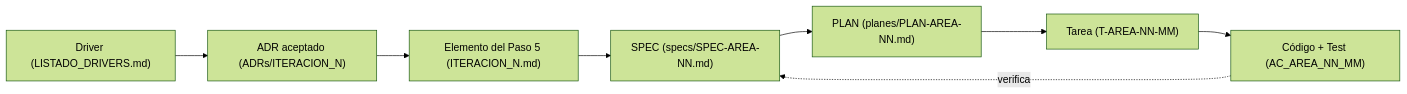
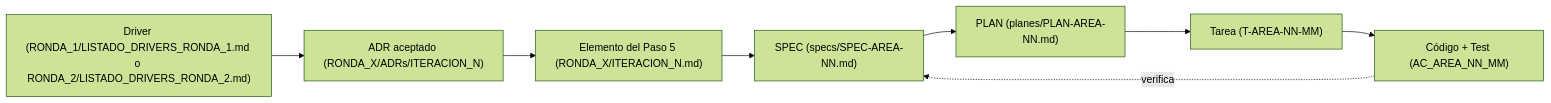
The diagram in POLITICAS_SPECS_Y_PLANES.md (MateoGarrido13/trotamundos-v1), drawn with Mermaid (forest theme) before and after one commit. The commit also changed other lines of this file and 101 other files, not shown here.

````diff
--- a/POLITICAS_SPECS_Y_PLANES.md
+++ b/POLITICAS_SPECS_Y_PLANES.md
@@ -11,10 +11,10 @@
 ```mermaid
 flowchart LR
-    D["Driver (LISTADO_DRIVERS.md)"] --> A["ADR aceptado (ADRs/ITERACION_N)"]
-    A --> E["Elemento del Paso 5 (ITERACION_N.md)"]
+    D["Driver (RONDA_1/LISTADO_DRIVERS_RONDA_1.md o RONDA_2/LISTADO_DRIVERS_RONDA_2.md)"] --> A["ADR aceptado (RONDA_X/ADRs/ITERACION_N)"]
+    A --> E["Elemento del Paso 5 (RONDA_X/ITERACION_N.md)"]
     E --> S["SPEC (specs/SPEC-AREA-NN.md)"]
     S --> P["PLAN (planes/PLAN-AREA-NN.md)"]
     P --> T["Tarea (T-AREA-NN-MM)"]
     T --> C["Código + Test (AC_AREA_NN_MM)"]
     C -. "verifica" .-> S
 ```
````
